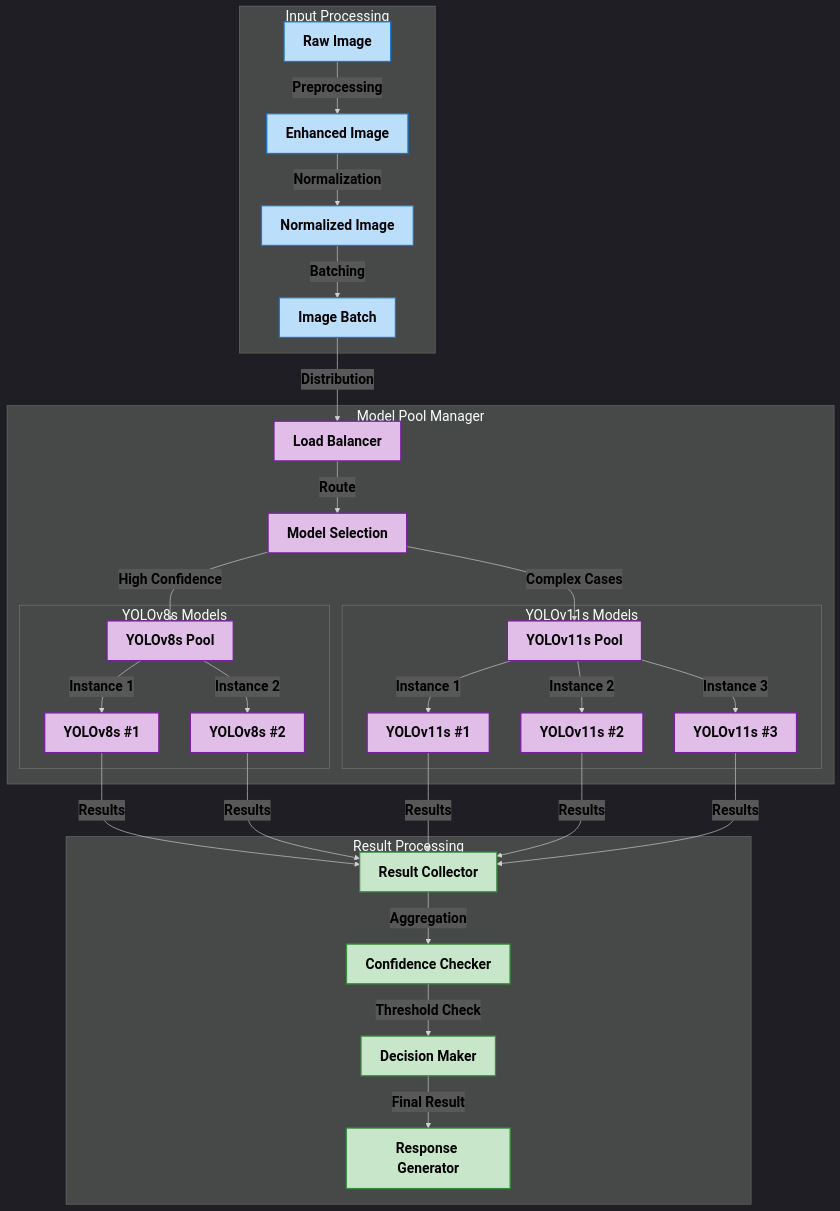
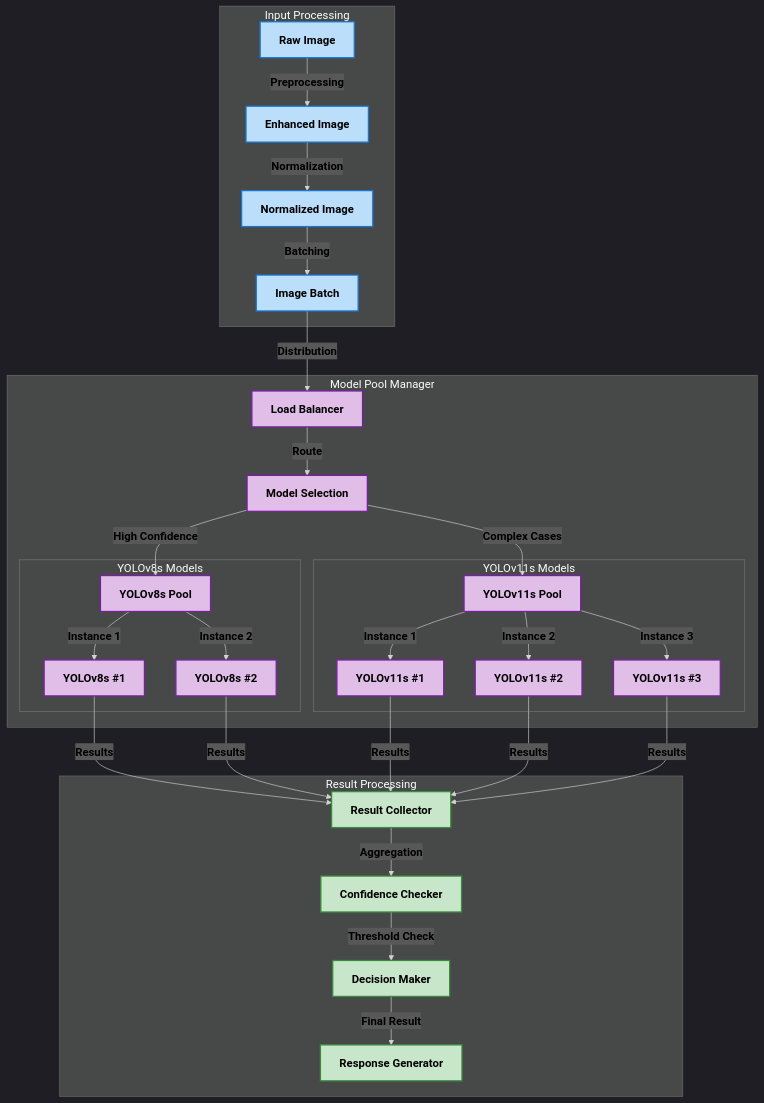
The diagram in docs/images/Model Architecture.mmd (Dhruv0306/SymphonyProject1), drawn with Mermaid before and after one commit. The commit also changed 25 other files, not shown here.

First line of the commit message:
Update and standardize system architecture diagrams

```diff
--- a/docs/images/Model Architecture.mmd
+++ b/docs/images/Model Architecture.mmd
@@ -1,53 +1,53 @@
-%%{init: {'theme': 'dark', 'themeVariables': { 'fontFamily': 'arial', 'fontSize': '22px'}}}%%
+%%{init: {'theme': 'dark', 'themeVariables': { 'fontFamily': 'arial', 'fontSize': '18px', 'fontWeight': 'bold'}}}%%
 graph TD
     subgraph "Input Processing" 
         style A fill:#bbdefb,stroke:#1976d2,stroke-width:2px,color:#000000,font-weight:bold
         style B fill:#bbdefb,stroke:#1976d2,stroke-width:2px,color:#000000,font-weight:bold
         style C fill:#bbdefb,stroke:#1976d2,stroke-width:2px,color:#000000,font-weight:bold
         style D fill:#bbdefb,stroke:#1976d2,stroke-width:2px,color:#000000,font-weight:bold
         A[Raw Image] -->|Preprocessing| B[Enhanced Image]
         B -->|Normalization| C[Normalized Image]
         C -->|Batching| D[Image Batch]
     end
 
     subgraph "Model Pool Manager" 
         style E fill:#e1bee7,stroke:#7b1fa2,stroke-width:2px,color:#000000,font-weight:bold
         style F fill:#e1bee7,stroke:#7b1fa2,stroke-width:2px,color:#000000,font-weight:bold
         style G fill:#e1bee7,stroke:#7b1fa2,stroke-width:2px,color:#000000,font-weight:bold
         style H fill:#e1bee7,stroke:#7b1fa2,stroke-width:2px,color:#000000,font-weight:bold
         style I1 fill:#e1bee7,stroke:#7b1fa2,stroke-width:2px,color:#000000,font-weight:bold
         style I2 fill:#e1bee7,stroke:#7b1fa2,stroke-width:2px,color:#000000,font-weight:bold
         style J1 fill:#e1bee7,stroke:#7b1fa2,stroke-width:2px,color:#000000,font-weight:bold
         style J2 fill:#e1bee7,stroke:#7b1fa2,stroke-width:2px,color:#000000,font-weight:bold
         style J3 fill:#e1bee7,stroke:#7b1fa2,stroke-width:2px,color:#000000,font-weight:bold
         D -->|Distribution| E[Load Balancer]
         E -->|Route| F[Model Selection]
         
         F -->|High Confidence| G[YOLOv8s Pool]
         F -->|Complex Cases| H[YOLOv11s Pool]
         
         subgraph "YOLOv8s Models"
             G -->|Instance 1| I1[YOLOv8s #1]
             G -->|Instance 2| I2[YOLOv8s #2]
         end
         
         subgraph "YOLOv11s Models"
             H -->|Instance 1| J1[YOLOv11s #1]
             H -->|Instance 2| J2[YOLOv11s #2]
             H -->|Instance 3| J3[YOLOv11s #3]
         end
     end
 
     subgraph "Result Processing" 
         style K fill:#c8e6c9,stroke:#388e3c,stroke-width:2px,color:#000000,font-weight:bold
         style L fill:#c8e6c9,stroke:#388e3c,stroke-width:2px,color:#000000,font-weight:bold
         style M fill:#c8e6c9,stroke:#388e3c,stroke-width:2px,color:#000000,font-weight:bold
         style N fill:#c8e6c9,stroke:#388e3c,stroke-width:2px,color:#000000,font-weight:bold
         I1 & I2 & J1 & J2 & J3 -->|Results| K[Result Collector]
         K -->|Aggregation| L[Confidence Checker]
         L -->|Threshold Check| M[Decision Maker]
         M -->|Final Result| N[Response Generator]
     end
 
     %% Style all edge labels
     linkStyle default color:#000000,font-weight:bold
```
